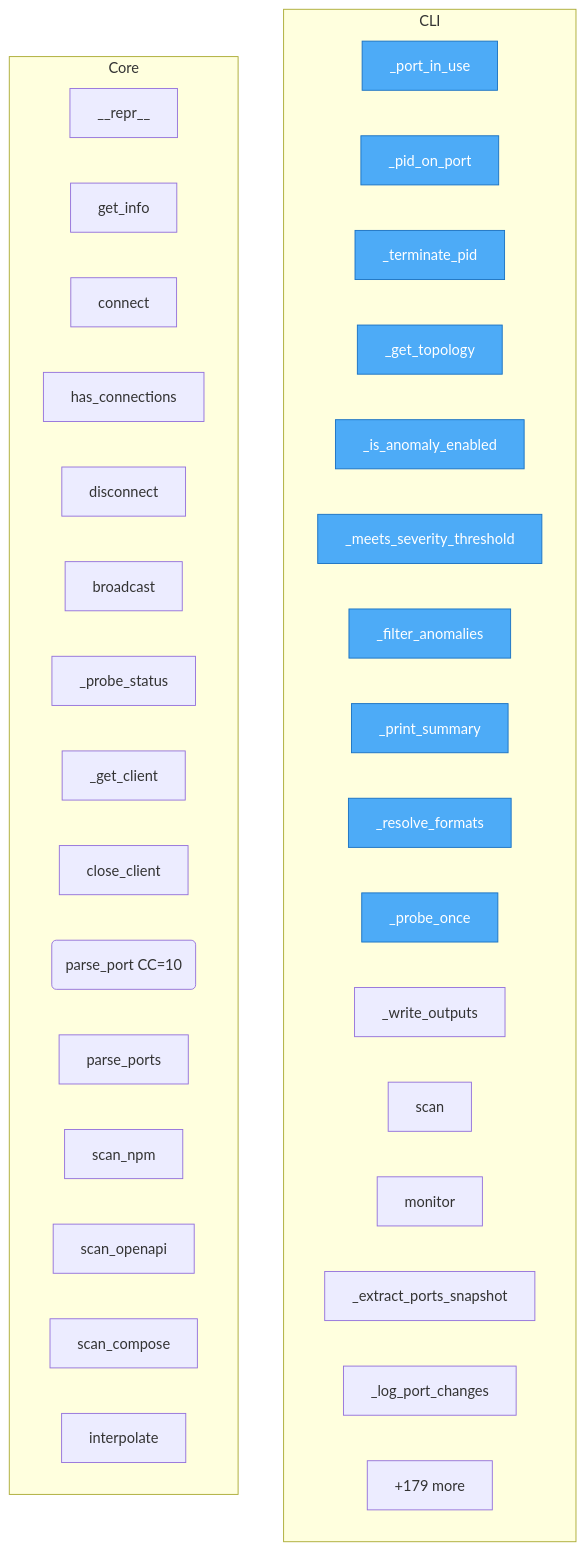
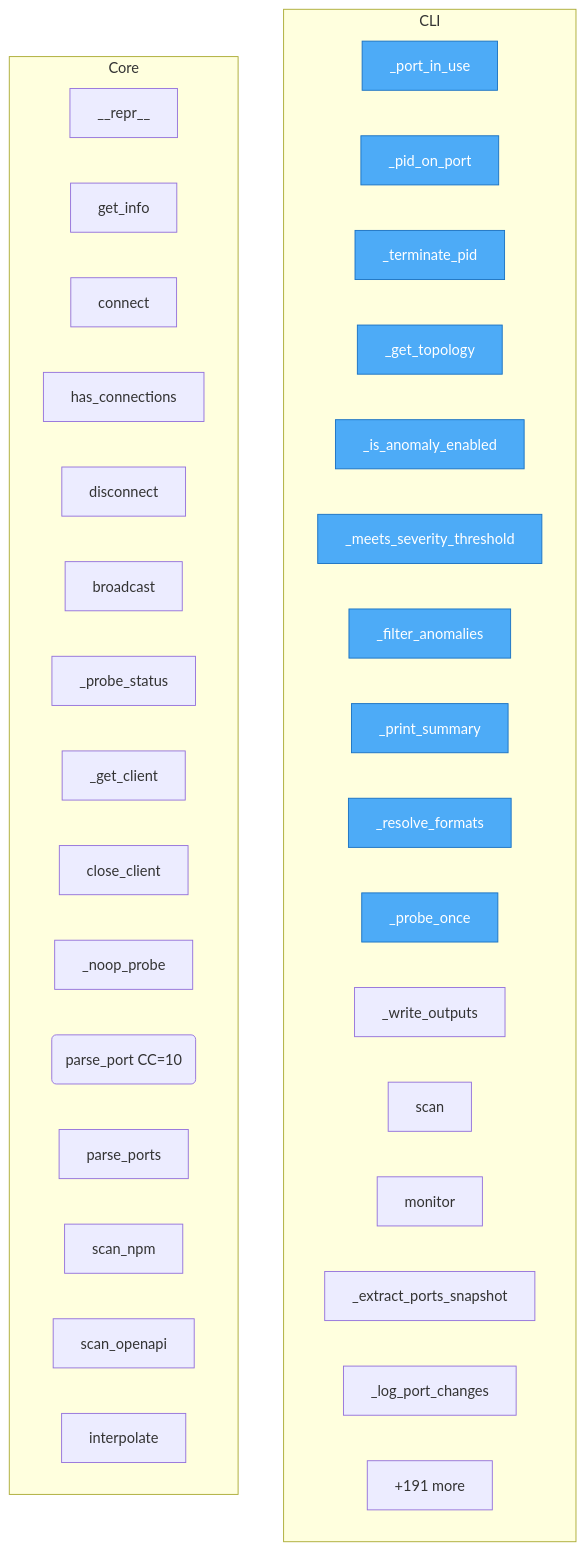
One commit to semcod/deta changed the diagram in project/flow.mmd. Above: the diagram before and after it, drawn with Mermaid. The commit also changed 41 other files, not shown here.

```diff
--- a/project/flow.mmd
+++ b/project/flow.mmd
@@ -1,44 +1,44 @@
 flowchart TD
 
     %% Entry points (blue)
     classDef entry fill:#4dabf7,stroke:#1971c2,color:#fff
 
     subgraph CLI
         deta__cli___port_in_use["_port_in_use"]
         deta__cli___pid_on_port["_pid_on_port"]
         deta__cli___terminate_pid["_terminate_pid"]
         deta__cli___get_topology["_get_topology"]
         deta__cli___is_anomaly_enabled["_is_anomaly_enabled"]
         deta__cli___meets_severity_threshold["_meets_severity_threshold"]
         deta__cli___filter_anomalies["_filter_anomalies"]
         deta__cli___print_summary["_print_summary"]
         deta__cli___resolve_formats["_resolve_formats"]
         deta__cli___probe_once["_probe_once"]
         deta__cli___write_outputs["_write_outputs"]
         deta__cli__scan["scan"]
         deta__cli__monitor["monitor"]
         deta__cli___extract_ports_snapshot["_extract_ports_snapshot"]
         deta__cli___log_port_changes["_log_port_changes"]
         ...["+4 more"]
     end
 
     subgraph Core
         deta__core__Wup____repr__["__repr__"]
         deta__core__Wup__get_info["get_info"]
         deta__web__app__ConnectionManager__connect["connect"]
         deta__web__app__ConnectionManager__has_connections["has_connections"]
         deta__web__app__ConnectionManager__disconnect["disconnect"]
         deta__web__app__ConnectionManager__broadcast["broadcast"]
         deta__web__app___probe_status["_probe_status"]
         deta__monitor__prober___get_client["_get_client"]
         deta__monitor__prober__close_client["close_client"]
+        deta__monitor__prober___noop_probe["_noop_probe"]
         deta__scanner__ports__parse_port("parse_port CC=10")
         deta__scanner__ports__parse_ports["parse_ports"]
         deta__scanner__npm__scan_npm["scan_npm"]
         deta__scanner__openapi__scan_openapi["scan_openapi"]
-        deta__scanner__compose__scan_compose["scan_compose"]
         deta__scanner__env__interpolate["interpolate"]
-        ...["+179 more"]
+        ...["+191 more"]
     end
 
     class deta__cli___port_in_use,deta__cli___pid_on_port,deta__cli___terminate_pid,deta__cli___get_topology,deta__cli___is_anomaly_enabled,deta__cli___meets_severity_threshold,deta__cli___filter_anomalies,deta__cli___print_summary,deta__cli___resolve_formats,deta__cli___probe_once entry
```
